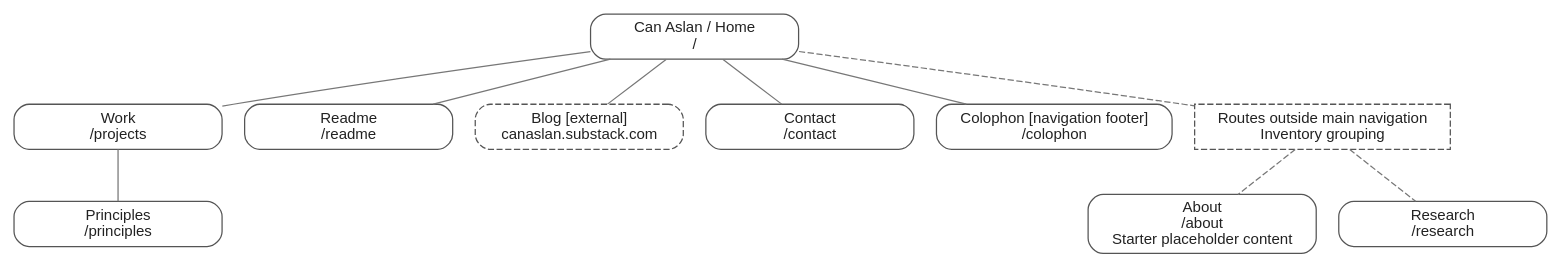
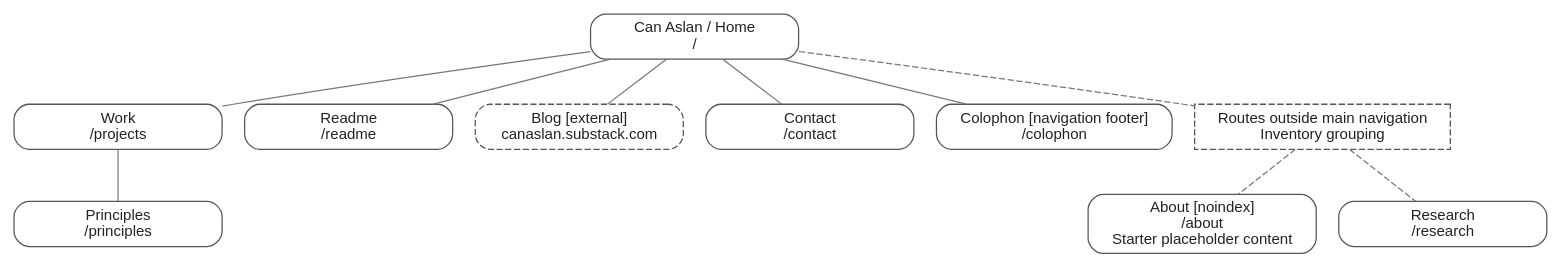
Before and after one commit to canaslan/canaslan.com: the diagram in docs/sitemap.dot, drawn with Graphviz. The commit also changed 24 other files, not shown here.

```diff
--- a/docs/sitemap.dot
+++ b/docs/sitemap.dot
@@ -1,34 +1,34 @@
-// Can Aslan — implemented sitemap, updated 2026-11-04.
+// Can Aslan — launch sitemap, updated 2026-11-05.
 // Services overview and detail routes are deferred and excluded from this release.
 // Import by dragging this file onto OmniGraffle's Dock icon.
 // Solid lines: navigation hierarchy (not URL nesting).
 // Dashed lines: inventory grouping; not navigation links.
 // Labels explicitly identify external destinations and placeholder content.
 digraph CanAslanSitemap {
   rankdir=TB;
   node [shape=box, fontname="Helvetica", fontsize=12, style="rounded", color="#555555", fontcolor="#222222", width=2.3];
   edge [color="#777777", arrowhead=none];
 
-  home [label="Can Aslan / Home\n/", URL="https://canaslan.dev/"];
-  work [label="Work\n/projects", URL="https://canaslan.dev/projects"];
-  principles [label="Principles\n/principles", URL="https://canaslan.dev/principles"];
-  readme [label="Readme\n/readme", URL="https://canaslan.dev/readme"];
+  home [label="Can Aslan / Home\n/", URL="https://canaslan.com/"];
+  work [label="Work\n/projects", URL="https://canaslan.com/projects/"];
+  principles [label="Principles\n/principles", URL="https://canaslan.com/principles/"];
+  readme [label="Readme\n/readme", URL="https://canaslan.com/readme/"];
   blog [label="Blog [external]\ncanaslan.substack.com", style="rounded,dashed", URL="https://canaslan.substack.com/"];
-  contact [label="Contact\n/contact", URL="https://canaslan.dev/contact"];
-  colophon [label="Colophon [navigation footer]\n/colophon", URL="https://canaslan.dev/colophon"];
+  contact [label="Contact\n/contact", URL="https://canaslan.com/contact/"];
+  colophon [label="Colophon [navigation footer]\n/colophon", URL="https://canaslan.com/colophon/"];
 
   unlisted [label="Routes outside main navigation\nInventory grouping", shape=box, style=dashed];
-  about [label="About\n/about\nStarter placeholder content", URL="https://canaslan.dev/about"];
-  research [label="Research\n/research", URL="https://canaslan.dev/research"];
+  about [label="About [noindex]\n/about\nStarter placeholder content", URL="https://canaslan.com/about/"];
+  research [label="Research\n/research", URL="https://canaslan.com/research/"];
 
   home -> work;
   home -> readme;
   home -> blog;
   home -> contact;
   home -> colophon;
   work -> principles;
 
   home -> unlisted [style=dashed];
   unlisted -> about [style=dashed];
   unlisted -> research [style=dashed];
 }
```
